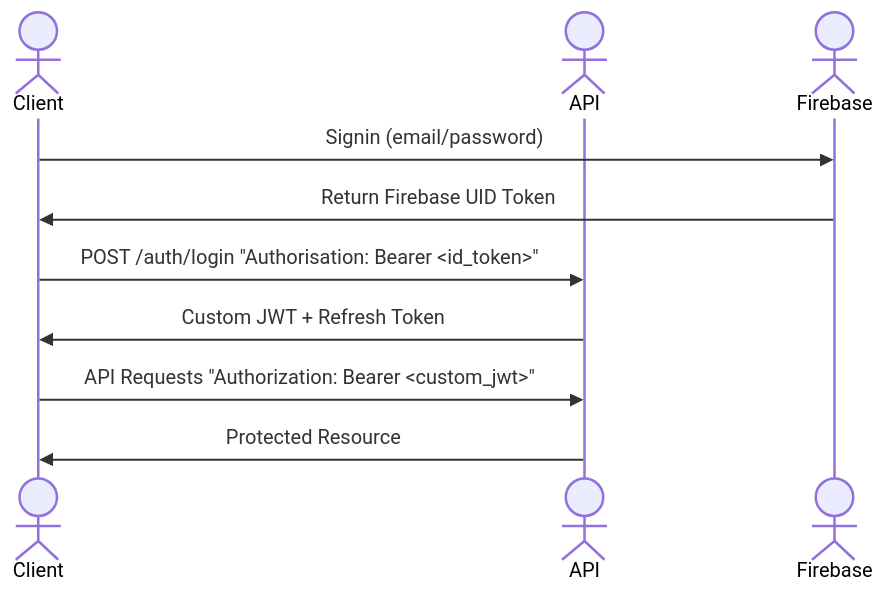
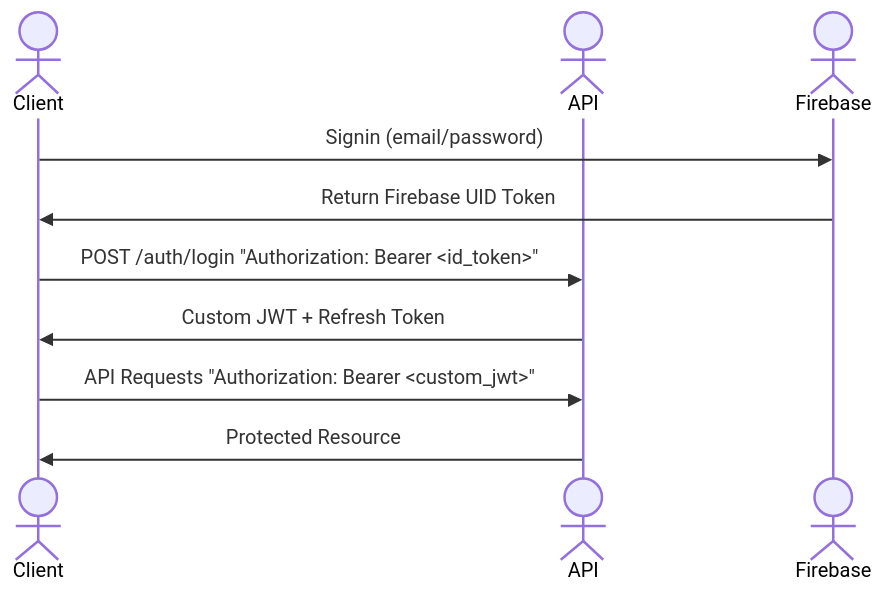
The diagram in docs/design/api-design.md (TheBigBookMan/VibeMap), drawn with Mermaid before and after one commit. The commit also changed other lines of this file and 1 other file, not shown here.

````diff
--- a/docs/design/api-design.md
+++ b/docs/design/api-design.md
@@ -115,12 +115,12 @@
 ```mermaid
 sequenceDiagram
         actor Client
         actor API
         actor Firebase
         Client->>Firebase: Signin (email/password)
         Firebase->>Client: Return Firebase UID Token
-        Client->>API: POST /auth/login "Authorisation: Bearer <id_token>"
+        Client->>API: POST /auth/login "Authorization: Bearer <id_token>"
         API->>Client: Custom JWT + Refresh Token
         Client->>API: API Requests "Authorization: Bearer <custom_jwt>"
         API->>Client: Protected Resource
 ```
````
